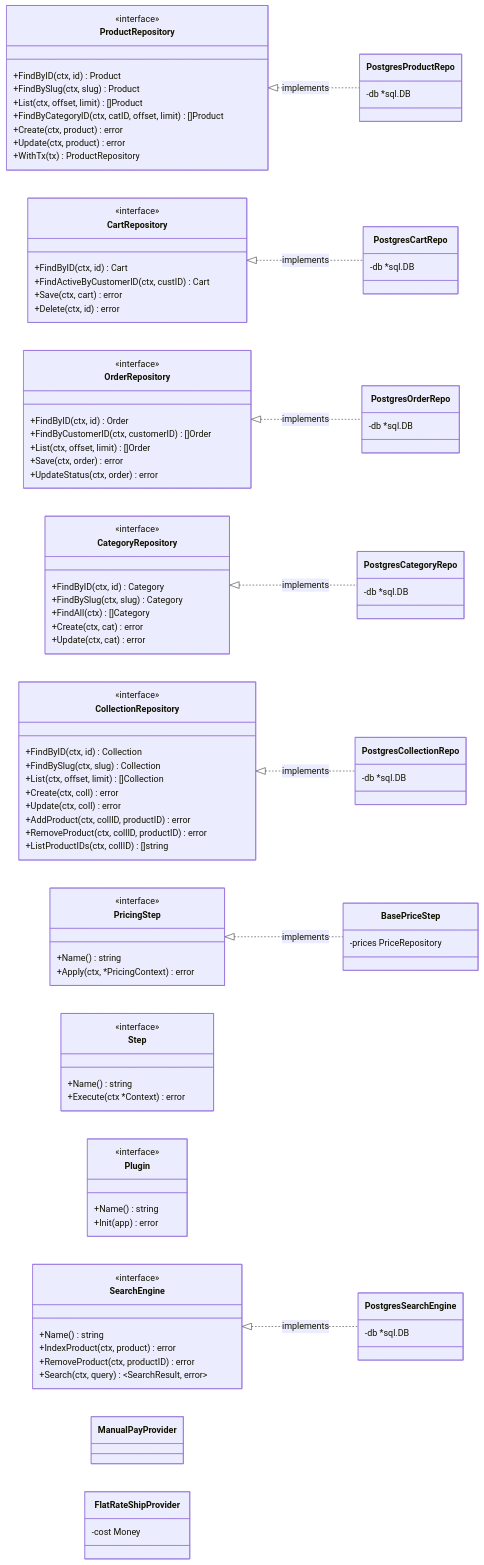
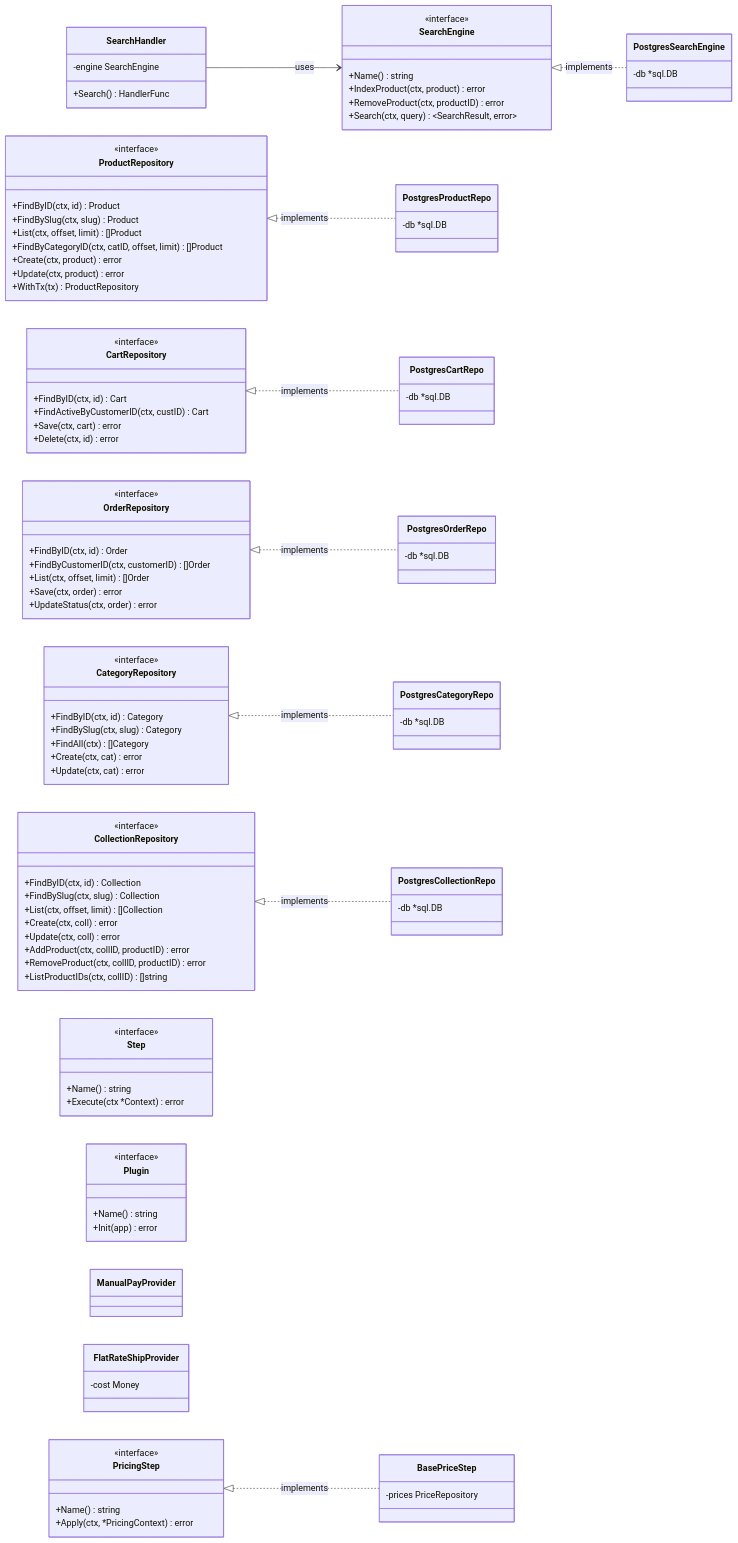
One commit to akarso/shopanda changed the second of 2 diagrams in docs/diagrams/c4-code.md. Above: the diagram before and after it, drawn with Mermaid. The commit also changed 6 other files, not shown here.

````diff
--- a/docs/diagrams/c4-code.md
+++ b/docs/diagrams/c4-code.md
@@ -290,6 +290,10 @@
     class PostgresSearchEngine {
         -db *sql.DB
     }
+    class SearchHandler {
+        -engine SearchEngine
+        +Search() HandlerFunc
+    }
 
     ProductRepository <|.. PostgresProductRepo : implements
     CartRepository <|.. PostgresCartRepo : implements
@@ -298,4 +302,5 @@
     CollectionRepository <|.. PostgresCollectionRepo : implements
     SearchEngine <|.. PostgresSearchEngine : implements
     PricingStep <|.. BasePriceStep : implements
+    SearchHandler --> SearchEngine : uses
 ```
````
